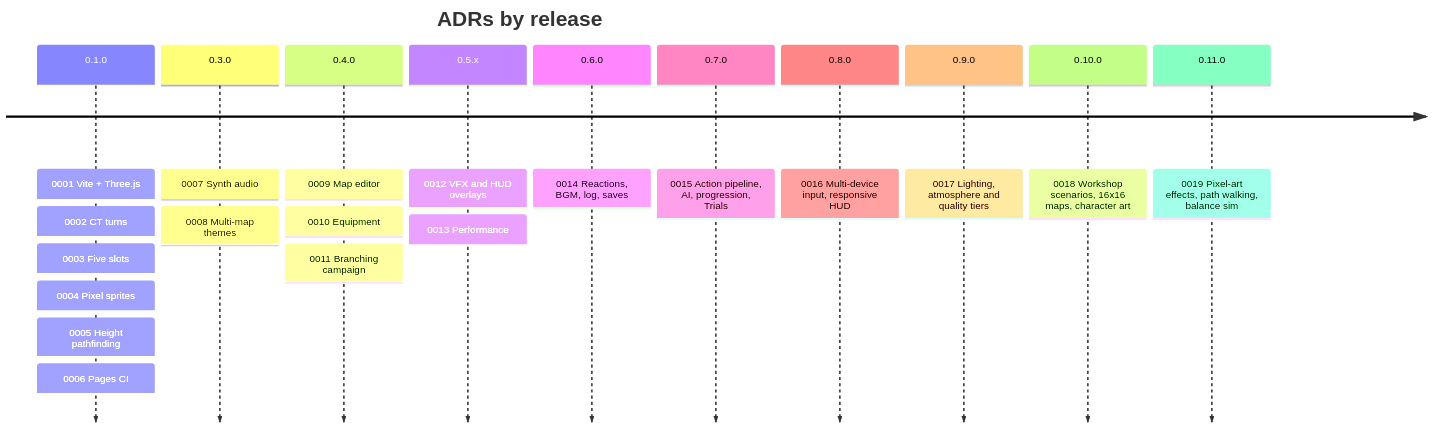
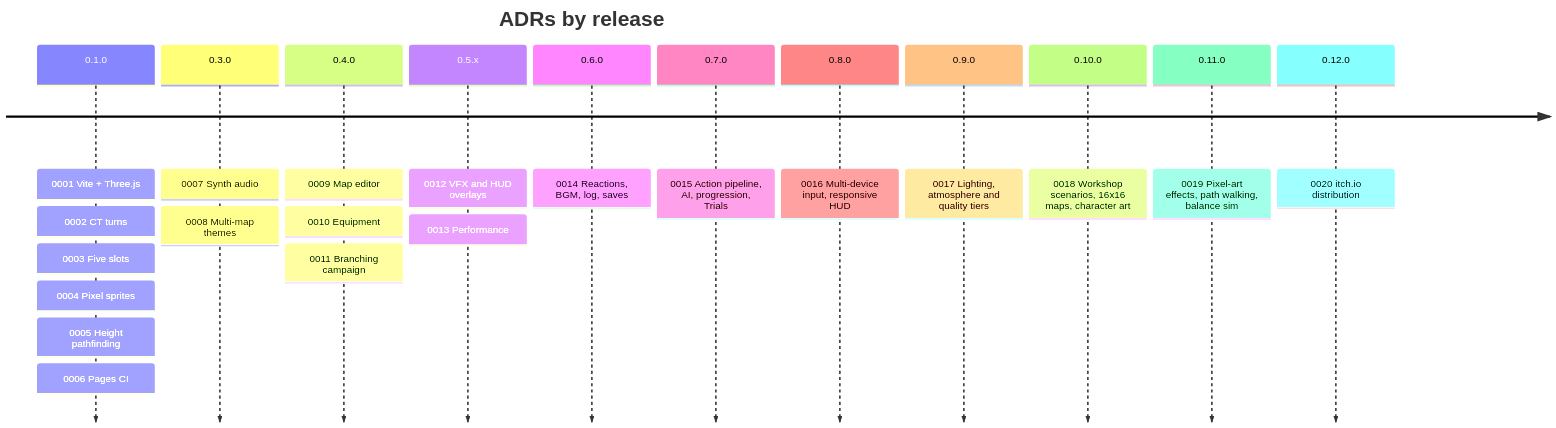
One commit to CptNope/Chess-RPG-Tactics changed the second of 2 diagrams in docs/README.md. Above: the diagram before and after it, drawn with Mermaid. The commit also changed other lines of this file and 29 other files, not shown here.

````diff
--- a/docs/README.md
+++ b/docs/README.md
@@ -52,14 +52,15 @@
 ```mermaid
 timeline
     title ADRs by release
     0.1.0 : 0001 Vite + Three.js : 0002 CT turns : 0003 Five slots : 0004 Pixel sprites : 0005 Height pathfinding : 0006 Pages CI
     0.3.0 : 0007 Synth audio : 0008 Multi-map themes
     0.4.0 : 0009 Map editor : 0010 Equipment : 0011 Branching campaign
     0.5.x : 0012 VFX and HUD overlays : 0013 Performance
     0.6.0 : 0014 Reactions, BGM, log, saves
     0.7.0 : 0015 Action pipeline, AI, progression, Trials
     0.8.0 : 0016 Multi-device input, responsive HUD
     0.9.0 : 0017 Lighting, atmosphere and quality tiers
     0.10.0 : 0018 Workshop scenarios, 16x16 maps, character art
     0.11.0 : 0019 Pixel-art effects, path walking, balance sim
+    0.12.0 : 0020 itch.io distribution
 ```
````
